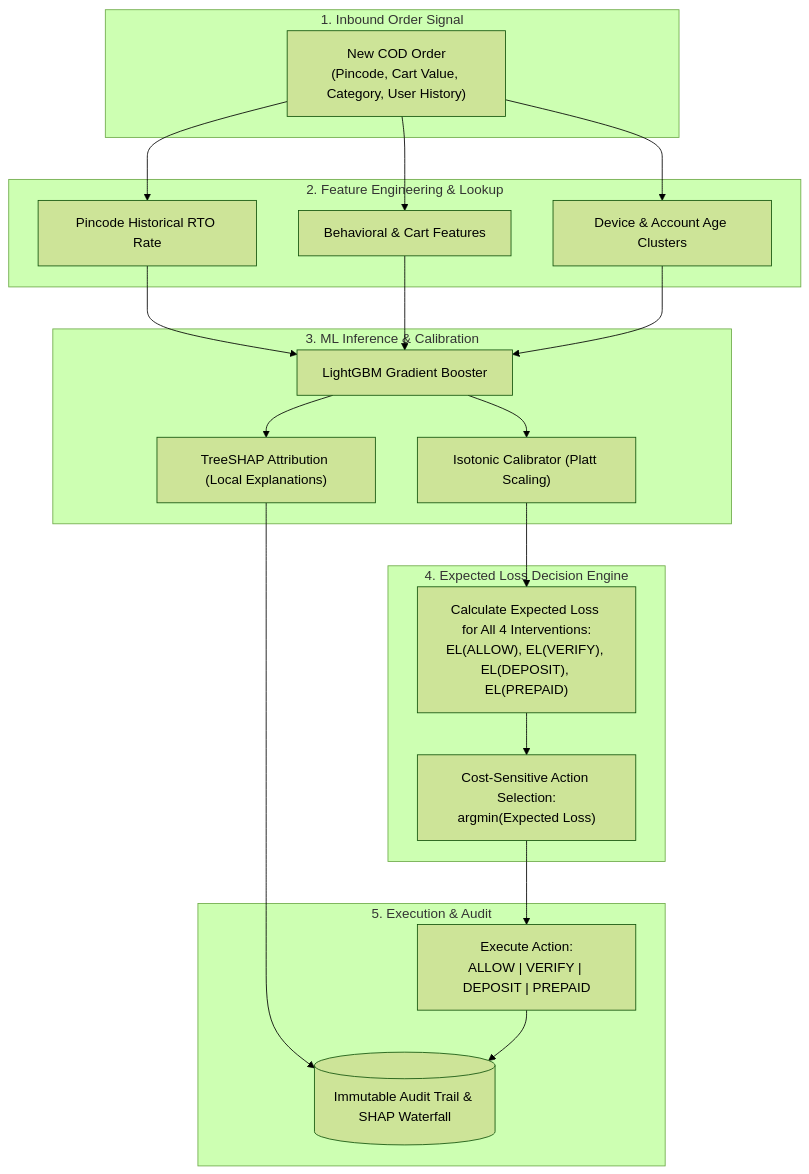
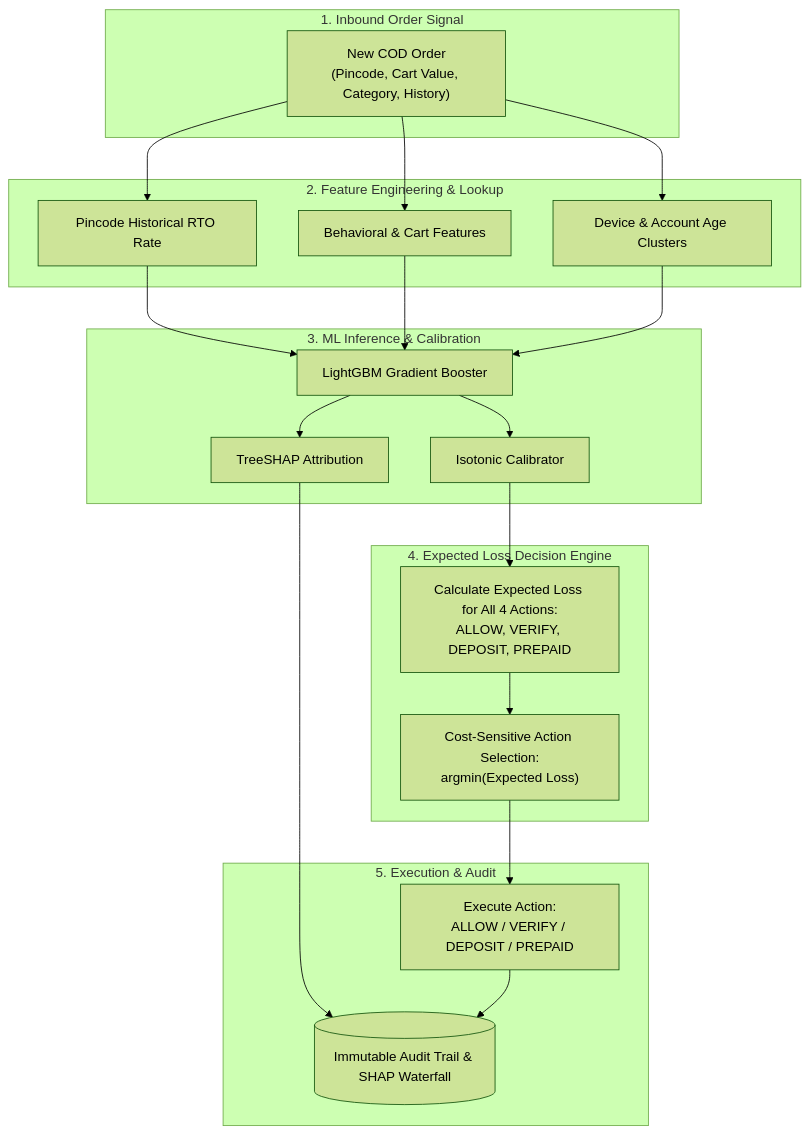
The diagram in README.md (mahirbhat70-eng/rto-shield), drawn with Mermaid (forest theme) before and after one commit. The commit also changed other lines of this file, not shown here.

Commit message:
docs: embed decision architecture visual and fix Mermaid syntax for GitHub rendering

````diff
--- a/README.md
+++ b/README.md
@@ -117,39 +123,42 @@
 ```mermaid
 flowchart TD
-    subgraph Input ["1. Inbound Order Signal"]
-        O["New COD Order\n(Pincode, Cart Value, Category, User History)"]
+    subgraph Input["1. Inbound Order Signal"]
+        O["New COD Order<br/>(Pincode, Cart Value, Category, History)"]
     end
 
-    subgraph Feature ["2. Feature Engineering & Lookup"]
+    subgraph Feature["2. Feature Engineering & Lookup"]
         F1["Pincode Historical RTO Rate"]
         F2["Behavioral & Cart Features"]
         F3["Device & Account Age Clusters"]
     end
 
-    subgraph ML ["3. ML Inference & Calibration"]
+    subgraph ML["3. ML Inference & Calibration"]
         LGBM["LightGBM Gradient Booster"]
-        CAL["Isotonic Calibrator (Platt Scaling)"]
-        SHAP["TreeSHAP Attribution (Local Explanations)"]
+        CAL["Isotonic Calibrator"]
+        SHAP["TreeSHAP Attribution"]
     end
 
-    subgraph Cost ["4. Expected Loss Decision Engine"]
-        EL["Calculate Expected Loss for All 4 Interventions:\nEL(ALLOW), EL(VERIFY), EL(DEPOSIT), EL(PREPAID)"]
-        ARGMIN["Cost-Sensitive Action Selection:\nargmin(Expected Loss)"]
+    subgraph Cost["4. Expected Loss Decision Engine"]
+        EL["Calculate Expected Loss for All 4 Actions:<br/>ALLOW, VERIFY, DEPOSIT, PREPAID"]
+        ARGMIN["Cost-Sensitive Action Selection:<br/>argmin(Expected Loss)"]
     end
 
-    subgraph Output ["5. Execution & Audit"]
-        DEC["Execute Action:\nALLOW | VERIFY | DEPOSIT | PREPAID"]
+    subgraph Output["5. Execution & Audit"]
+        DEC["Execute Action:<br/>ALLOW / VERIFY / DEPOSIT / PREPAID"]
         LOG[("Immutable Audit Trail & SHAP Waterfall")]
-
     end
 
-    O --> F1 & F2 & F3
-    F1 & F2 & F3 --> LGBM
+    O --> F1
+    O --> F2
+    O --> F3
+    F1 --> LGBM
+    F2 --> LGBM
+    F3 --> LGBM
     LGBM --> CAL
     LGBM --> SHAP
     CAL --> EL
     SHAP --> LOG
     EL --> ARGMIN
     ARGMIN --> DEC
     DEC --> LOG
 ```
````
